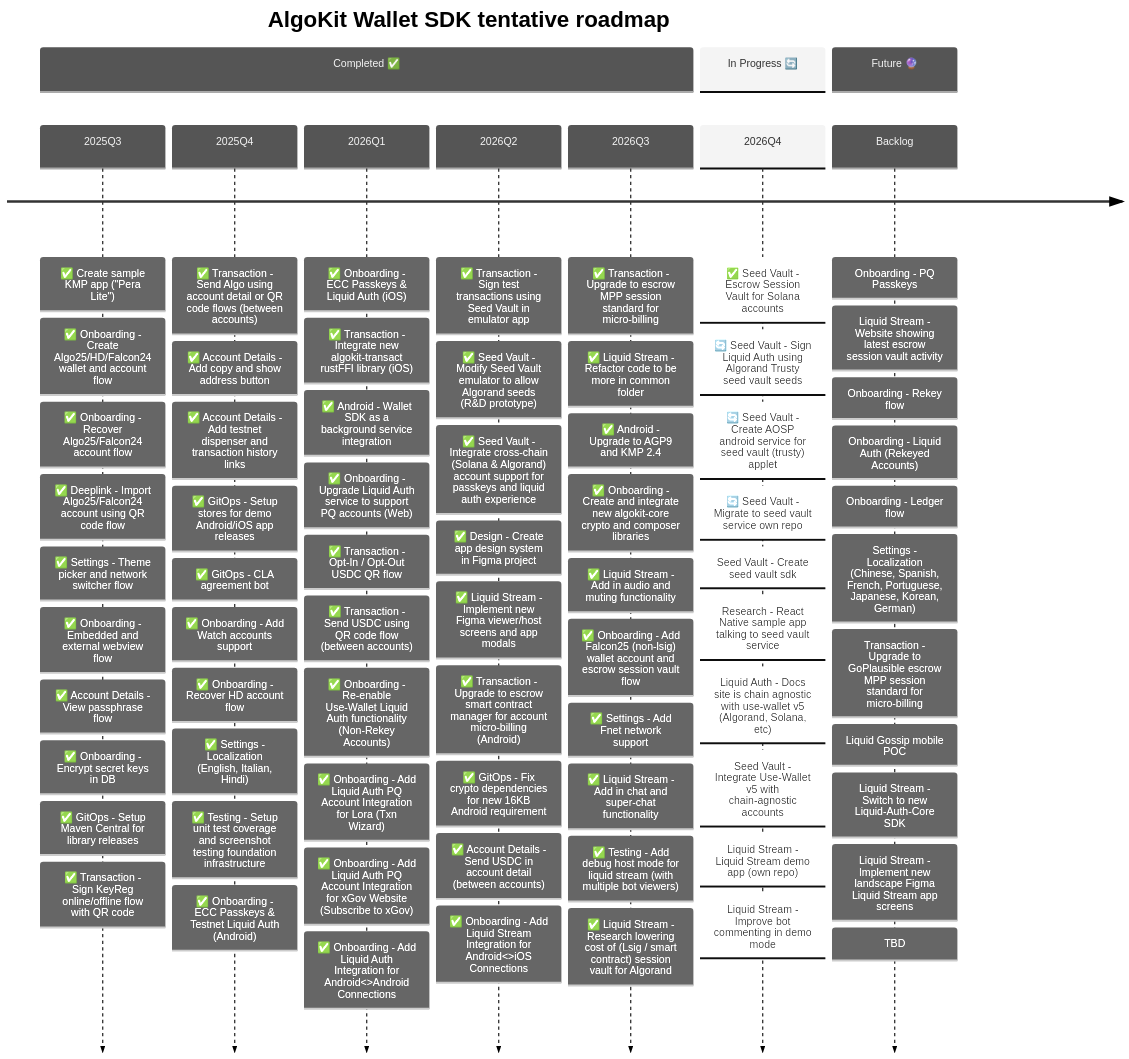
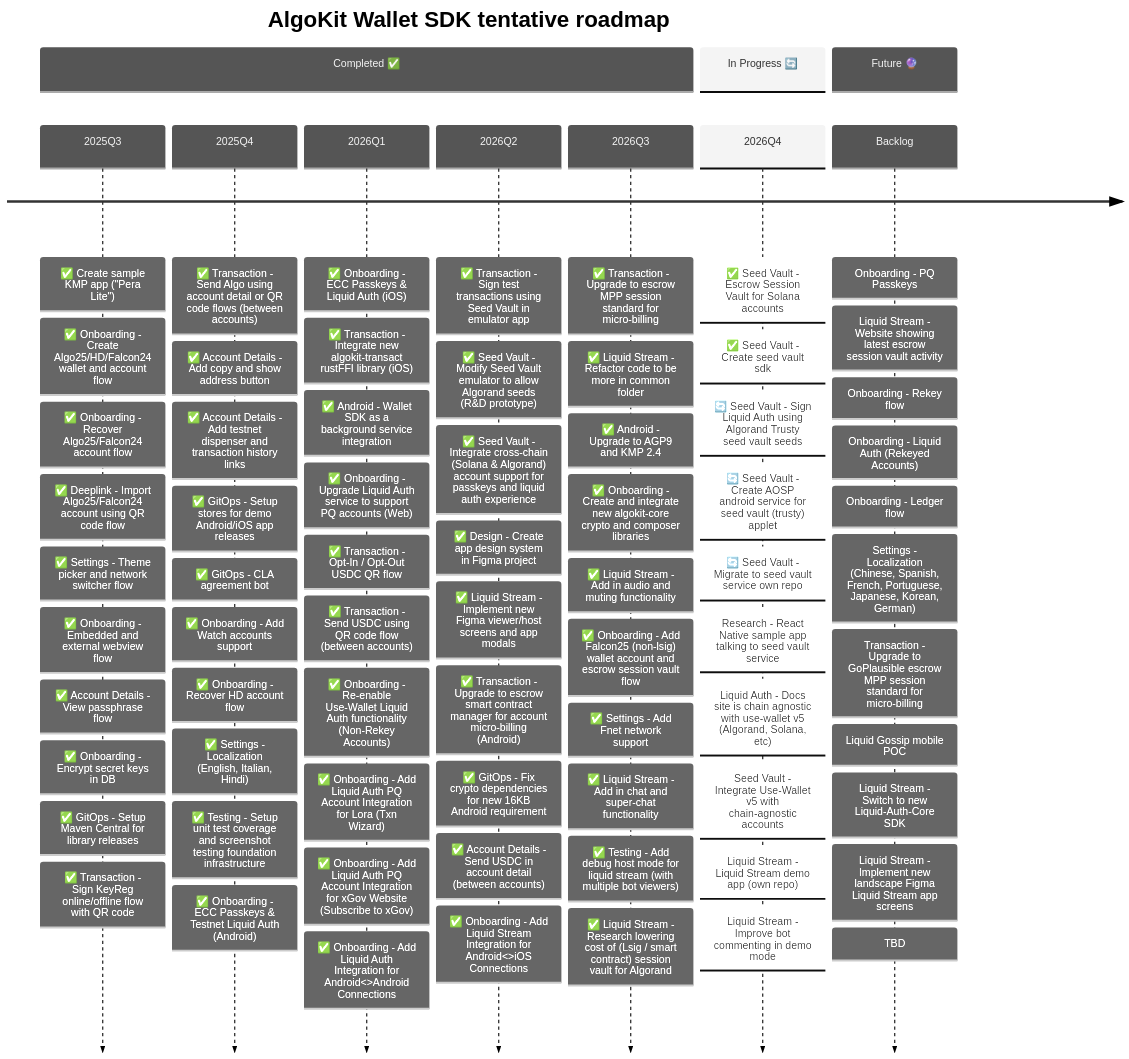
Before and after one commit to michaeltchuangllc/algokit-walletsdk-kmp: the second of 3 diagrams in README.md, drawn with Mermaid. The commit also changed 12 other files, not shown here.

```diff
--- a/README.md
+++ b/README.md
@@ -132,10 +132,10 @@
     section In Progress 🔄
     2026Q4   
              : ✅ Seed Vault - Escrow Session Vault for Solana accounts
+             : ✅ Seed Vault - Create seed vault sdk
              : 🔄 Seed Vault - Sign Liquid Auth using Algorand Trusty seed vault seeds
              : 🔄 Seed Vault - Create AOSP android service for seed vault (trusty) applet
              : 🔄 Seed Vault - Migrate to seed vault service own repo
-             : Seed Vault - Create seed vault sdk
              : Research - React Native sample app talking to seed vault service
              : Liquid Auth - Docs site is chain agnostic with use-wallet v5 (Algorand, Solana, etc)
              : Seed Vault - Integrate Use-Wallet v5 with chain-agnostic accounts
```
